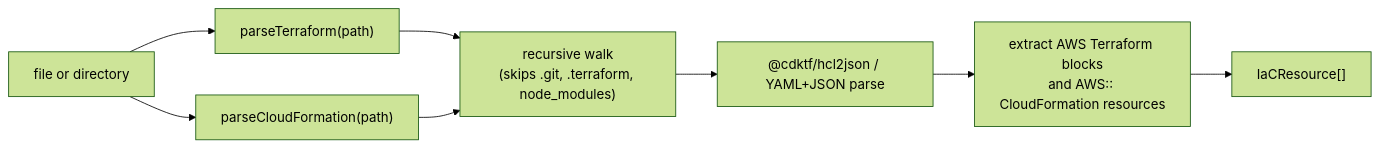
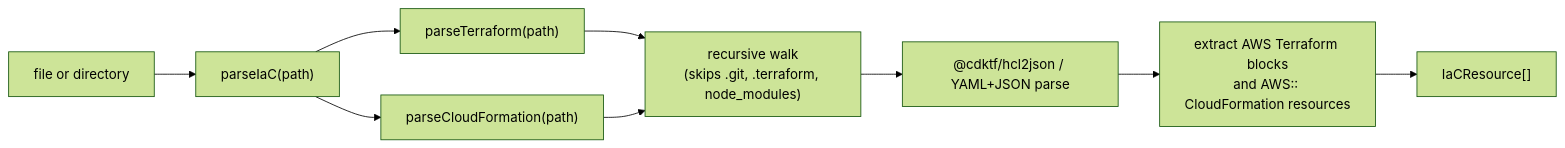
Before and after one commit to towardsthecloud/cloudburn: the third of 3 diagrams in docs/architecture/sdk.md, drawn with Mermaid (forest theme). The commit also changed other lines of this file and 15 other files, not shown here.

````diff
--- a/docs/architecture/sdk.md
+++ b/docs/architecture/sdk.md
@@ -75,10 +77,11 @@
 ```mermaid
 graph LR
-  Path["file or directory"] --> TF["parseTerraform(path)"]
-  Path["file or directory"] --> CFN["parseCloudFormation(path)"]
+  Path["file or directory"] --> PI["parseIaC(path)"]
+  PI --> TF["parseTerraform(path)"]
+  PI --> CFN["parseCloudFormation(path)"]
   TF --> Walk["recursive walk\n(skips .git, .terraform, node_modules)"]
   CFN --> Walk
   Walk --> HCL["@cdktf/hcl2json / YAML+JSON parse"]
   HCL --> Extract["extract AWS Terraform blocks\nand AWS:: CloudFormation resources"]
   Extract --> IaC["IaCResource[]"]
 ```
````
